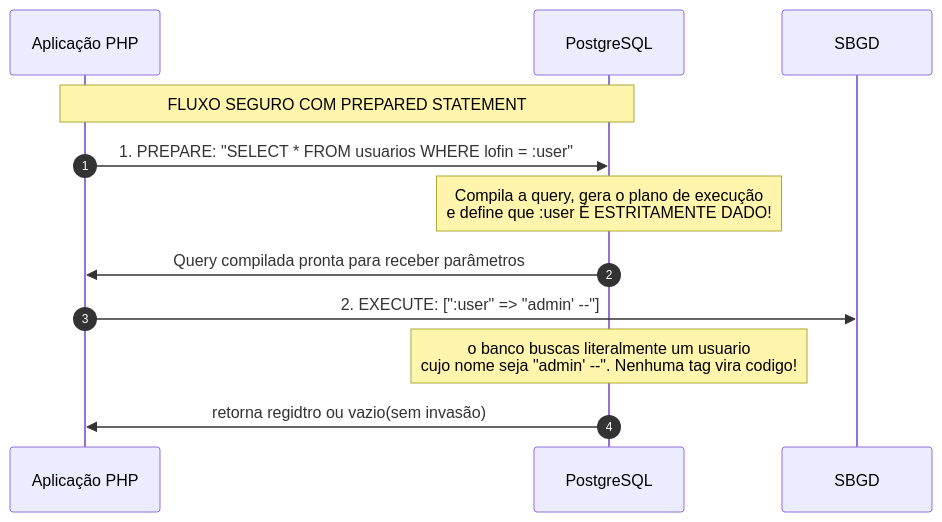
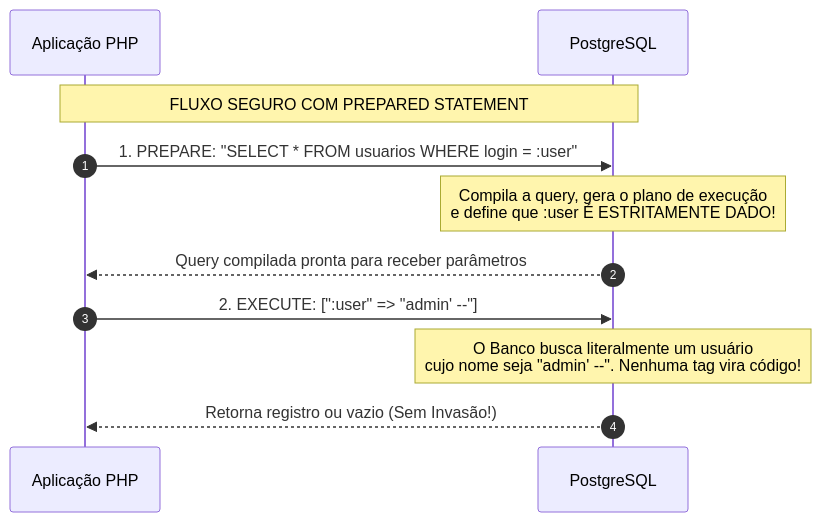
Before and after one commit to hannahalmeida678-lang/back_end: diagram 13 of 18 in README.md, drawn with Mermaid. The commit also changed other lines of this file and 14 other files, not shown here.

````diff
--- a/README.md
+++ b/README.md
@@ -1372,14 +1365,14 @@
 ```mermaid
 sequenceDiagram
     autonumber
     participant App as Aplicação PHP
     participant SGBD as PostgreSQL
 
     Note over App, SGBD: FLUXO SEGURO COM PREPARED STATEMENT
-    App->>SGBD: 1. PREPARE: "SELECT * FROM usuarios WHERE lofin = :user"
+    App->>SGBD: 1. PREPARE: "SELECT * FROM usuarios WHERE login = :user"
     Note over SGBD: Compila a query, gera o plano de execução<br/>e define que :user É ESTRITAMENTE DADO!
-    SGBD->>App: Query compilada pronta para receber parâmetros
-    App->>SBGD: 2. EXECUTE: [":user" => "admin' --"]
-    Note over SGBD: o banco buscas literalmente um usuario <br/> cujo nome seja "admin' --". Nenhuma tag vira codigo!
-SGBD->> App: retorna regidtro ou vazio(sem invasão)
+    SGBD-->>App: Query compilada pronta para receber parâmetros
+    App->>SGBD: 2. EXECUTE: [":user" => "admin' --"]
+    Note over SGBD: O Banco busca literalmente um usuário<br/>cujo nome seja "admin' --". Nenhuma tag vira código!
+    SGBD-->>App: Retorna registro ou vazio (Sem Invasão!)
 ```
````
